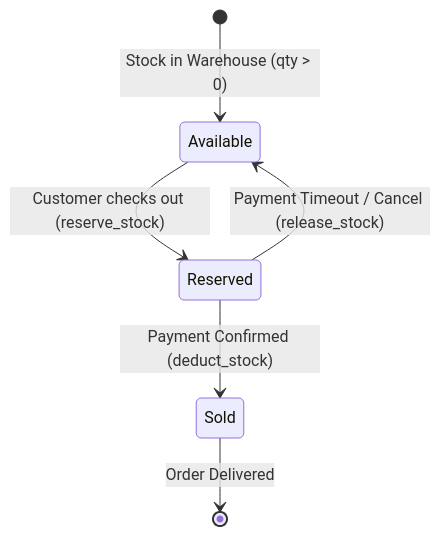
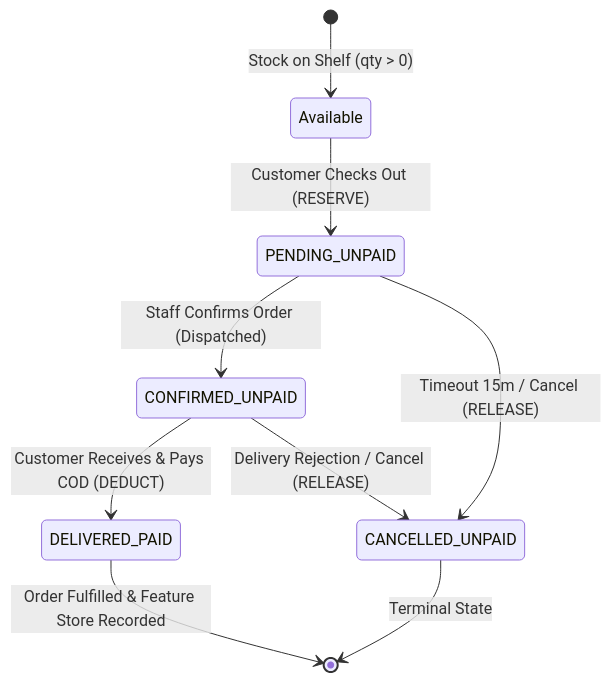
Before and after one commit to BodybuilderOrCoder/FreshLoop: the diagram in database/docs/inventory_lifecycle_spec.md, drawn with Mermaid. The commit also changed other lines of this file and 7 other files, not shown here.

````diff
--- a/database/docs/inventory_lifecycle_spec.md
+++ b/database/docs/inventory_lifecycle_spec.md
@@ -34,8 +36,11 @@
 ```mermaid
 stateDiagram-v2
-    [*] --> Available: Stock in Warehouse (qty > 0)
-    Available --> Reserved: Customer checks out (reserve_stock)
-    Reserved --> Sold: Payment Confirmed (deduct_stock)
-    Reserved --> Available: Payment Timeout / Cancel (release_stock)
-    Sold --> [*]: Order Delivered
+    [*] --> Available: Stock on Shelf (qty > 0)
+    Available --> PENDING_UNPAID: Customer Checks Out (RESERVE)
+    PENDING_UNPAID --> CONFIRMED_UNPAID: Staff Confirms Order (Dispatched)
+    CONFIRMED_UNPAID --> DELIVERED_PAID: Customer Receives & Pays COD (DEDUCT)
+    PENDING_UNPAID --> CANCELLED_UNPAID: Timeout 15m / Cancel (RELEASE)
+    CONFIRMED_UNPAID --> CANCELLED_UNPAID: Delivery Rejection / Cancel (RELEASE)
+    DELIVERED_PAID --> [*]: Order Fulfilled & Feature Store Recorded
+    CANCELLED_UNPAID --> [*]: Terminal State
 ```
````
